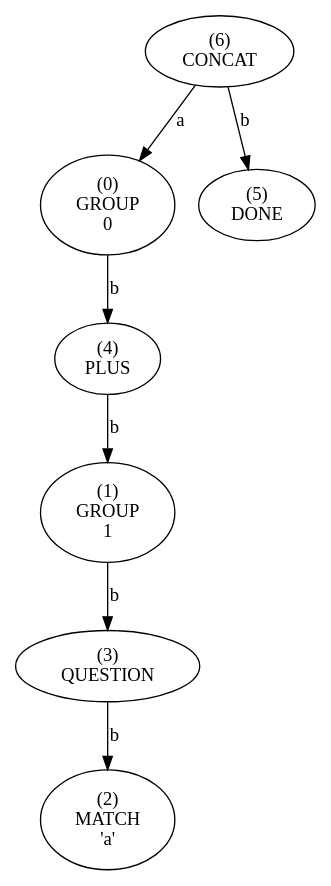
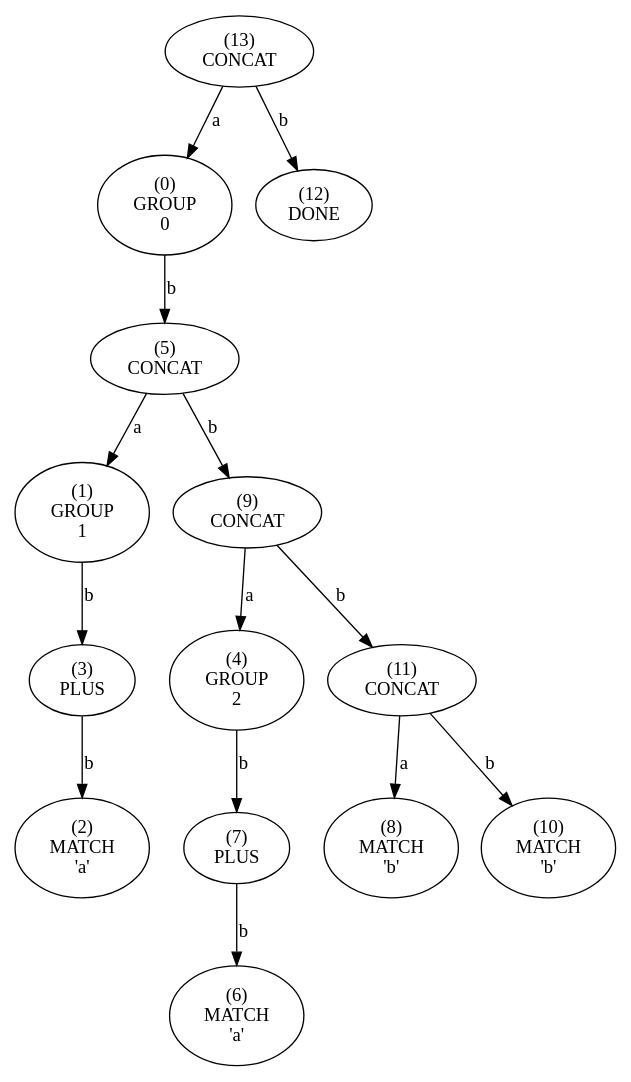
One commit to essele/rele changed the diagram in testing/tree.dot. Above: the diagram before and after it, drawn with Graphviz. The commit also changed 14 other files, not shown here.

```diff
--- a/testing/tree.dot
+++ b/testing/tree.dot
@@ -1,29 +1,57 @@
 digraph tree {
-    n0xae0d287f5448 [label="(6)
+    n0xc57f9050c540 [label="(13)
 CONCAT
 "];
-    n0xae0d287f5448 -> n0xae0d287f5328 [label="a"];
-    n0xae0d287f5328 [label="(0)
+    n0xc57f9050c540 -> n0xc57f9050c338 [label="a"];
+    n0xc57f9050c338 [label="(0)
 GROUP
 0"];
-    n0xae0d287f5328 -> n0xae0d287f53e8 [label="b"];
-    n0xae0d287f53e8 [label="(4)
+    n0xc57f9050c338 -> n0xc57f9050c400 [label="b"];
+    n0xc57f9050c400 [label="(5)
+CONCAT
+"];
+    n0xc57f9050c400 -> n0xc57f9050c360 [label="a"];
+    n0xc57f9050c360 [label="(1)
+GROUP
+1"];
+    n0xc57f9050c360 -> n0xc57f9050c3b0 [label="b"];
+    n0xc57f9050c3b0 [label="(3)
 PLUS
 "];
-    n0xae0d287f53e8 -> n0xae0d287f5358 [label="b"];
-    n0xae0d287f5358 [label="(1)
-GROUP
-1"];
-    n0xae0d287f5358 -> n0xae0d287f53b8 [label="b"];
-    n0xae0d287f53b8 [label="(3)
-QUESTION
-"];
-    n0xae0d287f53b8 -> n0xae0d287f5388 [label="b"];
-    n0xae0d287f5388 [label="(2)
+    n0xc57f9050c3b0 -> n0xc57f9050c388 [label="b"];
+    n0xc57f9050c388 [label="(2)
 MATCH
 'a'"];
-    n0xae0d287f5448 -> n0xae0d287f5418 [label="b"];
-    n0xae0d287f5418 [label="(5)
+    n0xc57f9050c400 -> n0xc57f9050c4a0 [label="b"];
+    n0xc57f9050c4a0 [label="(9)
+CONCAT
+"];
+    n0xc57f9050c4a0 -> n0xc57f9050c3d8 [label="a"];
+    n0xc57f9050c3d8 [label="(4)
+GROUP
+2"];
+    n0xc57f9050c3d8 -> n0xc57f9050c450 [label="b"];
+    n0xc57f9050c450 [label="(7)
+PLUS
+"];
+    n0xc57f9050c450 -> n0xc57f9050c428 [label="b"];
+    n0xc57f9050c428 [label="(6)
+MATCH
+'a'"];
+    n0xc57f9050c4a0 -> n0xc57f9050c4f0 [label="b"];
+    n0xc57f9050c4f0 [label="(11)
+CONCAT
+"];
+    n0xc57f9050c4f0 -> n0xc57f9050c478 [label="a"];
+    n0xc57f9050c478 [label="(8)
+MATCH
+'b'"];
+    n0xc57f9050c4f0 -> n0xc57f9050c4c8 [label="b"];
+    n0xc57f9050c4c8 [label="(10)
+MATCH
+'b'"];
+    n0xc57f9050c540 -> n0xc57f9050c518 [label="b"];
+    n0xc57f9050c518 [label="(12)
 DONE
 "];
 }
```
